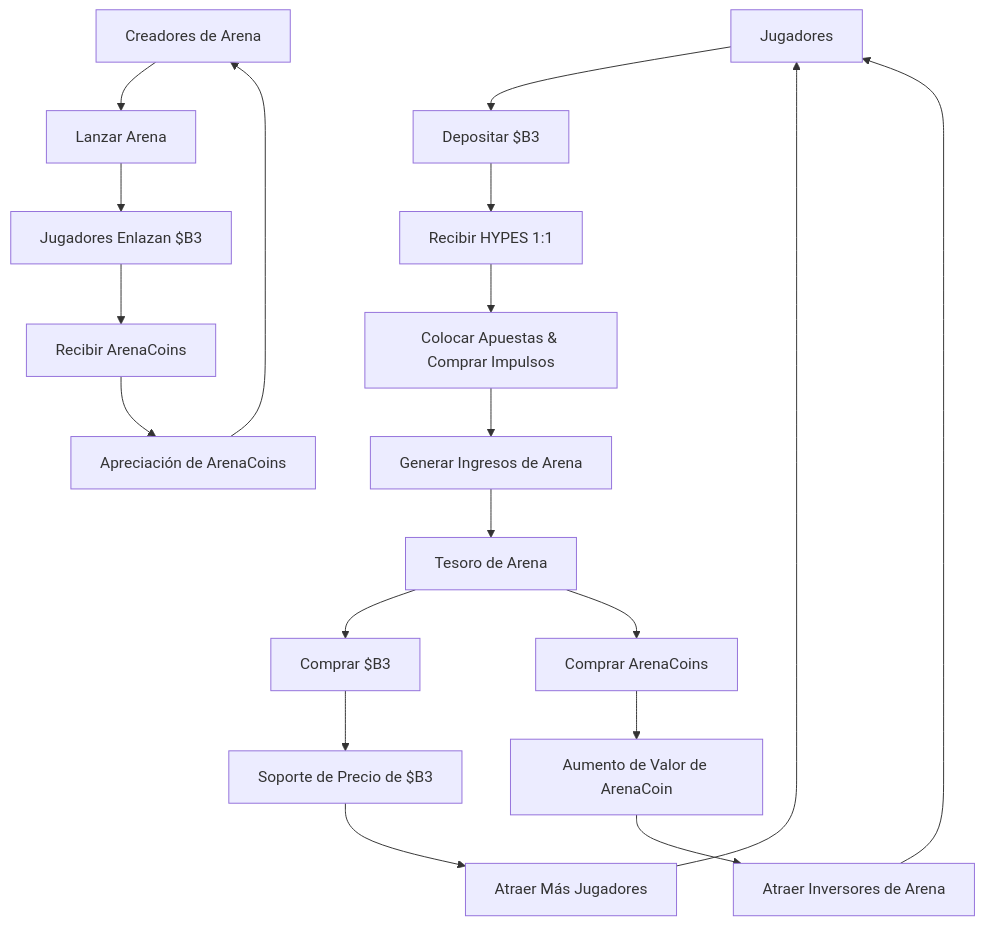
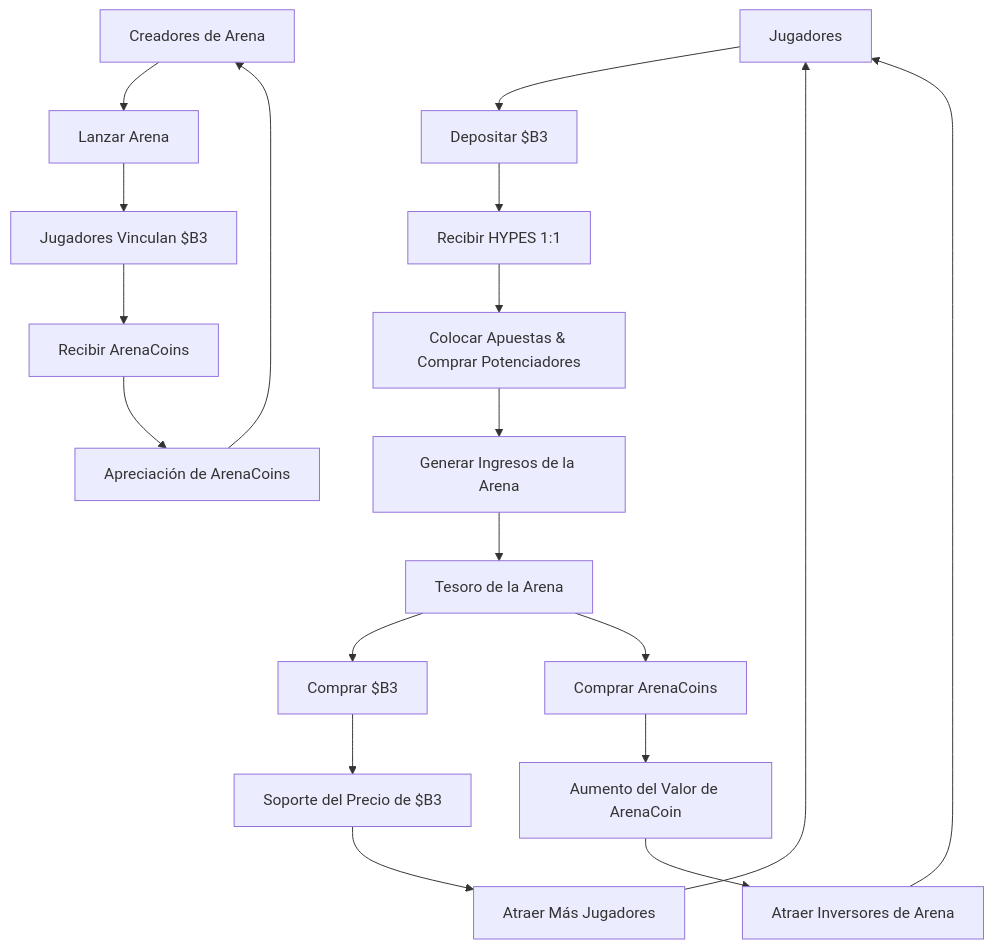
The diagram in docs/es/hypeduel/tokens-overview.mdx (b3-fun/b3), drawn with Mermaid before and after one commit. The commit also changed other lines of this file and 210 other files, not shown here.

````diff
--- a/docs/es/hypeduel/tokens-overview.mdx
+++ b/docs/es/hypeduel/tokens-overview.mdx
@@ -69,22 +29,22 @@
 ```mermaid
 graph TB
     A[Jugadores] --> B[Depositar $B3]
     B --> C[Recibir HYPES 1:1]
-    C --> D[Colocar Apuestas & Comprar Impulsos]
-    D --> E[Generar Ingresos de Arena]
-    E --> F[Tesoro de Arena]
+    C --> D[Colocar Apuestas & Comprar Potenciadores]
+    D --> E[Generar Ingresos de la Arena]
+    E --> F[Tesoro de la Arena]
     F --> G[Comprar $B3]
     F --> H[Comprar ArenaCoins]
-    G --> I[Soporte de Precio de $B3]
-    H --> J[Aumento de Valor de ArenaCoin]
+    G --> I[Soporte del Precio de $B3]
+    H --> J[Aumento del Valor de ArenaCoin]
     J --> K[Atraer Inversores de Arena]
     I --> L[Atraer Más Jugadores]
     K --> A
     L --> A
 
     M[Creadores de Arena] --> N[Lanzar Arena]
-    N --> O[Jugadores Enlazan $B3]
+    N --> O[Jugadores Vinculan $B3]
     O --> P[Recibir ArenaCoins]
     P --> Q[Apreciación de ArenaCoins]
     Q --> M
 ```
````
